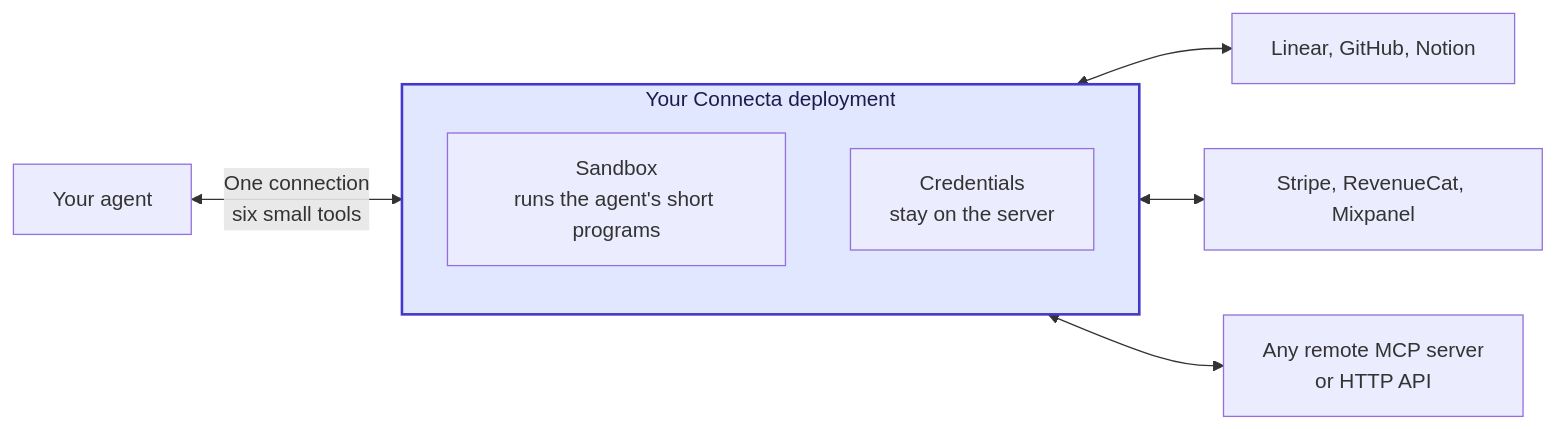
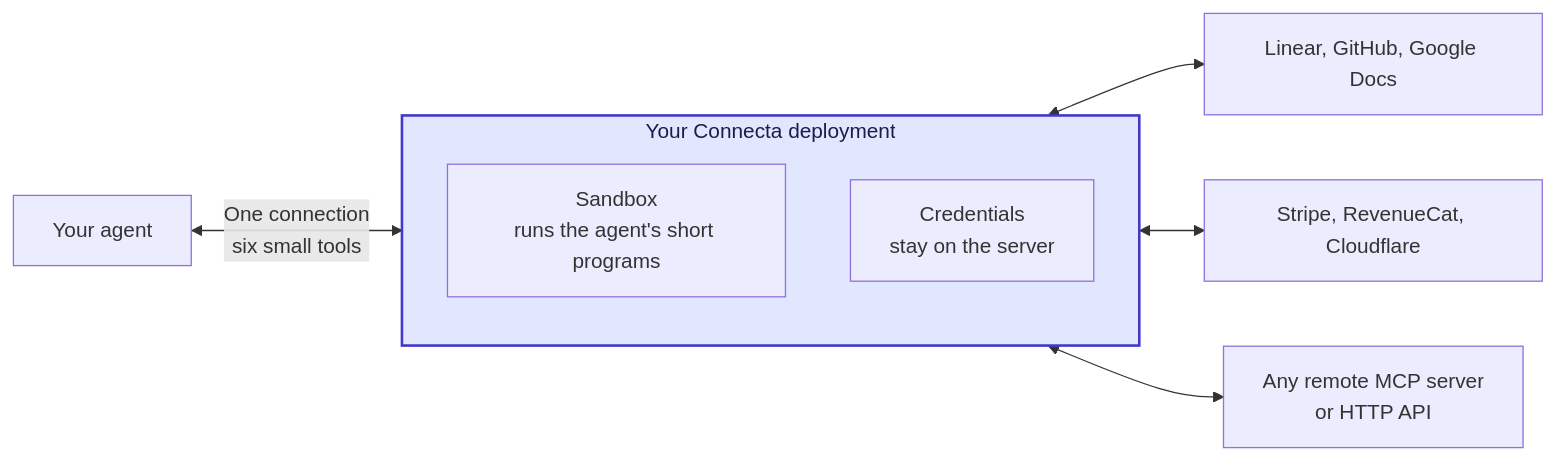
One commit to zackbart/connecta changed the first of 3 diagrams in README.md. Above: the diagram before and after it, drawn with Mermaid. The commit also changed other lines of this file and 143 other files, not shown here.

First line of the commit message:
Remove the Infisical, Notion and Mixpanel providers (#703) (#968)

````diff
--- a/README.md
+++ b/README.md
@@ -10,15 +10,15 @@
 ```mermaid
 flowchart LR
     Agent["Your agent"] <-->|"One connection<br/>six small tools"| Connecta
 
     subgraph Connecta["Your Connecta deployment"]
         Sandbox["Sandbox<br/>runs the agent's short programs"]
         Keys["Credentials<br/>stay on the server"]
     end
 
-    Connecta <--> Work["Linear, GitHub, Notion"]
-    Connecta <--> Business["Stripe, RevenueCat, Mixpanel"]
+    Connecta <--> Work["Linear, GitHub, Google Docs"]
+    Connecta <--> Business["Stripe, RevenueCat, Cloudflare"]
     Connecta <--> Yours["Any remote MCP server<br/>or HTTP API"]
 
     style Connecta fill:#e0e7ff,stroke:#4338ca,color:#1e1b4b,stroke-width:2px
 ```
````
